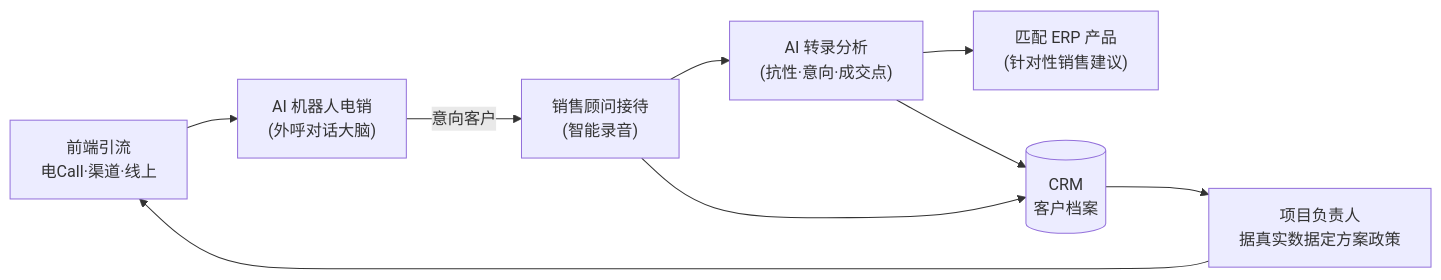
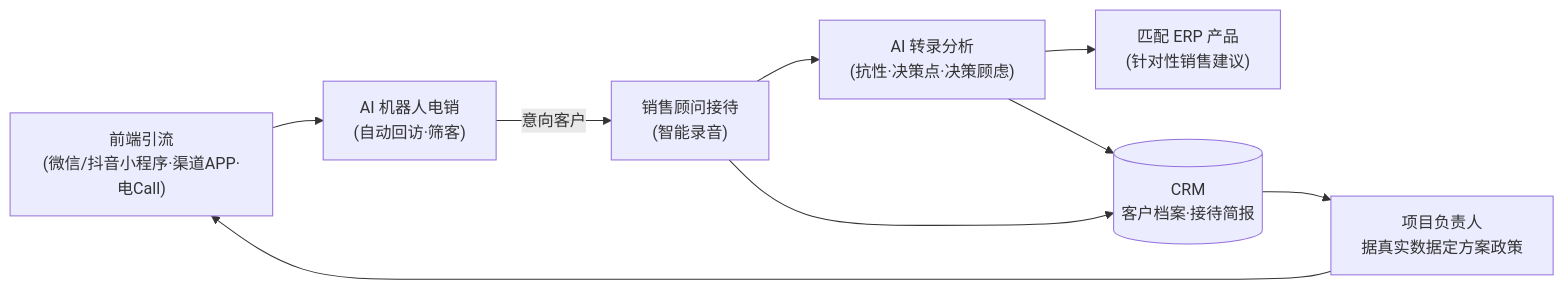
The diagram in README.md (caichaojie1987/lingxu-agent-engine), drawn with Mermaid before and after one commit. The commit also changed other lines of this file, not shown here.

````diff
--- a/README.md
+++ b/README.md
@@ -19,11 +55,11 @@
 ```mermaid
 flowchart LR
-    A[前端引流<br/>电Call·渠道·线上] --> B["AI 机器人电销<br/>(外呼对话大脑)"]
+    A["前端引流<br/>(微信/抖音小程序·渠道APP·电Call)"] --> B["AI 机器人电销<br/>(自动回访·筛客)"]
     B -->|意向客户| C["销售顾问接待<br/>(智能录音)"]
-    C --> D["AI 转录分析<br/>(抗性·意向·成交点)"]
+    C --> D["AI 转录分析<br/>(抗性·决策点·决策顾虑)"]
     D --> E["匹配 ERP 产品<br/>(针对性销售建议)"]
-    C --> F[(CRM<br/>客户档案)]
+    C --> F[(CRM<br/>客户档案·接待简报)]
     D --> F
     F --> G["项目负责人<br/>据真实数据定方案政策"]
     G --> A
 ```
````
